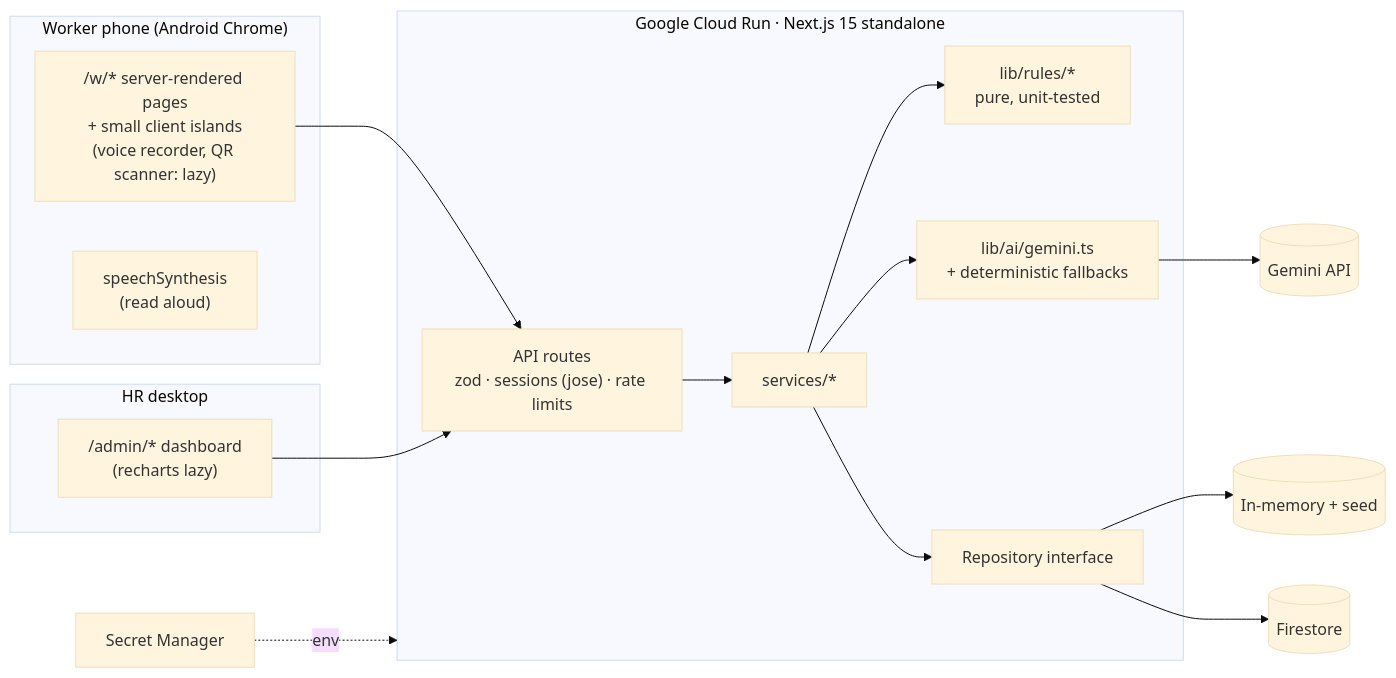
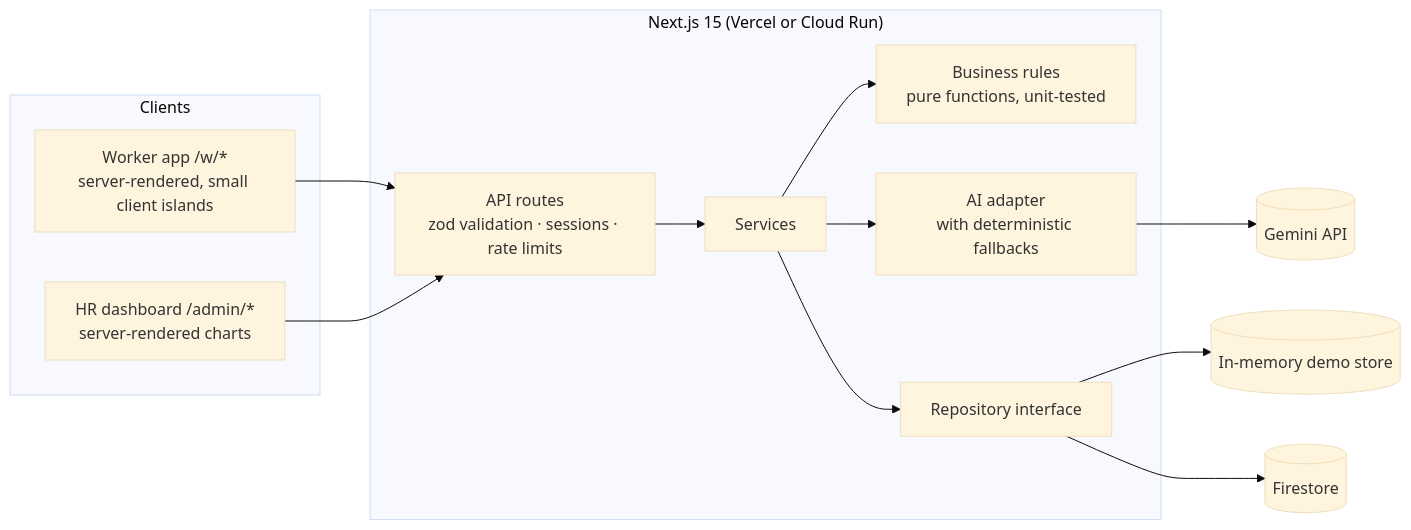
Before and after one commit to shreyascode11/PAYSA: the diagram in README.md, drawn with Mermaid (base theme). The commit also changed other lines of this file and 70 other files, not shown here.

````diff
--- a/README.md
+++ b/README.md
@@ -79,25 +202,21 @@
 ```mermaid
 flowchart LR
-  subgraph Phone["Worker phone (Android Chrome)"]
-    W["/w/* server-rendered pages<br/>+ small client islands<br/>(voice recorder, QR scanner: lazy)"]
-    TTS["speechSynthesis<br/>(read aloud)"]
+  subgraph Clients
+    W["Worker app /w/*<br/>server-rendered, small client islands"]
+    A["HR dashboard /admin/*<br/>server-rendered charts"]
   end
-  subgraph Desk["HR desktop"]
-    A["/admin/* dashboard<br/>(recharts lazy)"]
-  end
-  subgraph Run["Google Cloud Run · Next.js 15 standalone"]
-    API["API routes<br/>zod · sessions (jose) · rate limits"]
-    S["services/*"]
-    R["lib/rules/*<br/>pure, unit-tested"]
-    AI["lib/ai/gemini.ts<br/>+ deterministic fallbacks"]
+  subgraph Server["Next.js 15 (Vercel or Cloud Run)"]
+    API["API routes<br/>zod validation · sessions · rate limits"]
+    S["Services"]
+    R["Business rules<br/>pure functions, unit-tested"]
+    AI["AI adapter<br/>with deterministic fallbacks"]
     REPO["Repository interface"]
   end
   W --> API
   A --> API
   API --> S --> R
   S --> AI --> G[(Gemini API)]
   S --> REPO
-  REPO --> M[(In-memory + seed)]
+  REPO --> M[(In-memory demo store)]
   REPO --> F[(Firestore)]
-  SM[Secret Manager] -. env .-> Run
 ```
````
